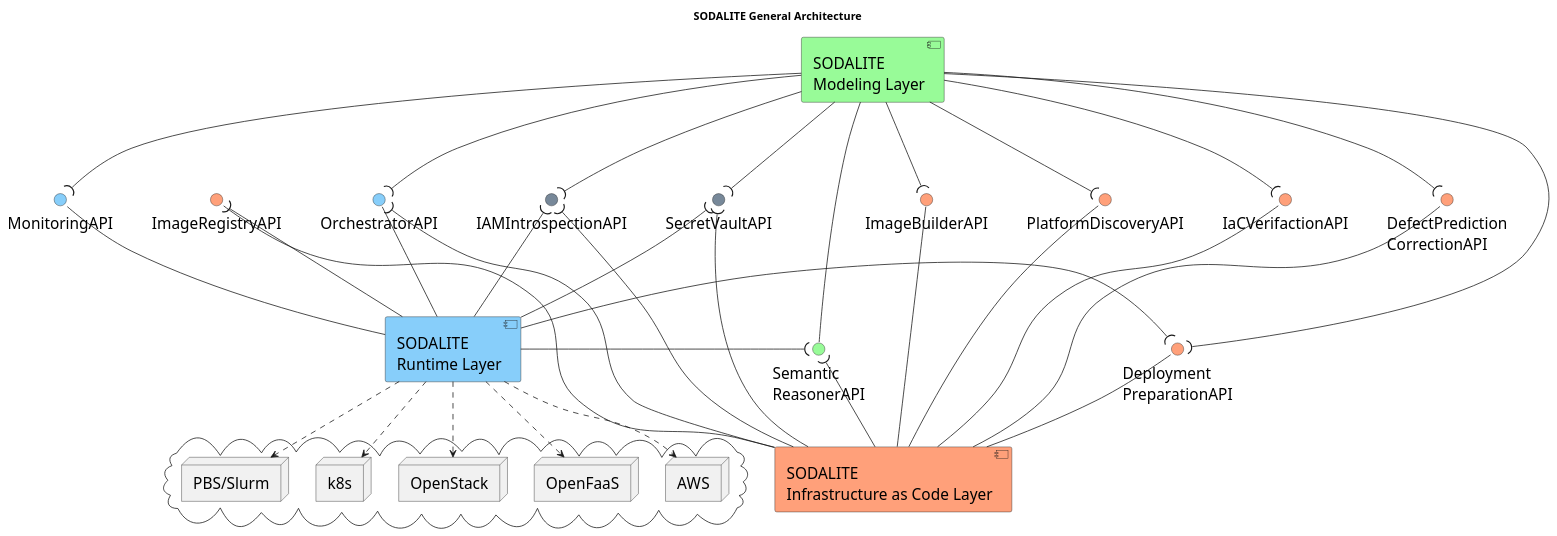
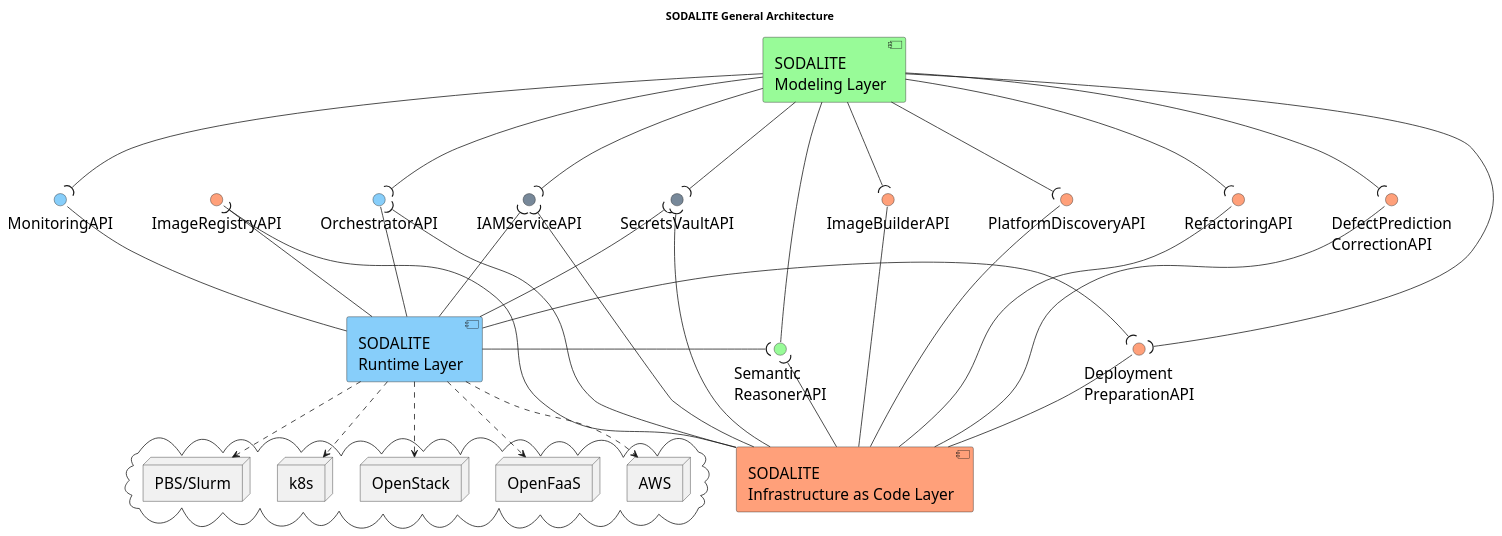
One commit to SODALITE-EU/project-wide-documentation changed the diagram in uml/component-diagrams/CD-SODALITEGeneralArchitecture - by layers.puml. Above: the diagram before and after it, drawn with PlantUML.

Commit message:
Updated General Diagram API names

```diff
--- a/uml/component-diagrams/CD-SODALITEGeneralArchitecture - by layers.puml
+++ b/uml/component-diagrams/CD-SODALITEGeneralArchitecture - by layers.puml
@@ -1,75 +1,75 @@
 @startuml
 
 title SODALITE General Architecture
 
-skinparam fixCircleLabelOverlapping true 
+skinparam fixCircleLabelOverlapping true
 skinparam defaultFontSize 20
 
 'WP3 modelling layer
 [SODALITE\nModeling Layer] as WP3 #PaleGreen
 interface "Semantic\nReasonerAPI" as sem #PaleGreen
 WP3 -d- sem
 
 'WP4 infrastructure as Code layer
 [SODALITE\nInfrastructure as Code Layer] as WP4 #LightSalmon
 interface "Deployment\nPreparationAPI" as dep #LightSalmon
 interface "DefectPrediction\nCorrectionAPI" as defect #LightSalmon
-interface "IaCVerifactionAPI" as verif #LightSalmon
+interface "RefactoringAPI" as verif #LightSalmon
 interface "ImageRegistryAPI" as imagereg  #LightSalmon
 interface "ImageBuilderAPI" as imagebuilder  #LightSalmon
 interface "PlatformDiscoveryAPI" as pds #LightSalmon
 WP4 -u- dep
 WP4 -u- defect
 WP4 -u- verif
 WP4 -u- pds
 WP4 -d- imagereg
 WP4 -u- imagebuilder
 
 
 'WP4 infrastructure as Code layer
 [SODALITE\nRuntime Layer] as WP5 #LightSkyBlue
 interface "MonitoringAPI" as mon #LightSkyBlue
 interface "OrchestratorAPI" as orch #LightSkyBlue
-WP5 -u- mon 
+WP5 -u- mon
 WP5 -u- orch
 
 'security APIs
-interface "IAMIntrospectionAPI" as IAMApi #LightSlateGrey
-interface "SecretVaultAPI" as VaultAPI #LightSlateGrey
+interface "IAMServiceAPI" as IAMApi #LightSlateGrey
+interface "SecretsVaultAPI" as VaultAPI #LightSlateGrey
 
 cloud {
     node OpenStack
     node k8s as K8S
     node "PBS/Slurm" as wlm
     node AWS
     node OpenFaaS
 }
 
 WP3 -d-( IAMApi
 WP3 -d-( VaultAPI
 WP3 -d-( dep
 WP3 -d-( defect
 WP3 -d-( verif
 WP3 -d-( mon
 WP3 -d-( orch
 WP3 -d-( imagebuilder
 WP3 -d-( pds
 
 WP4 -u-( IAMApi
 WP4 -u-( VaultAPI
 WP4 -u-( sem
 WP4 -u-( orch
 
 WP5 -u-( IAMApi
 WP5 -u-( VaultAPI
 WP5 -u-( imagereg
 WP5 -r-( dep
 WP5 -r-( sem
 
 WP5 .d.> OpenStack
 WP5 .d.> K8S
 WP5 .d.> wlm
 WP5 .d.> AWS
 WP5 .d.> OpenFaaS
 
 @enduml
```
